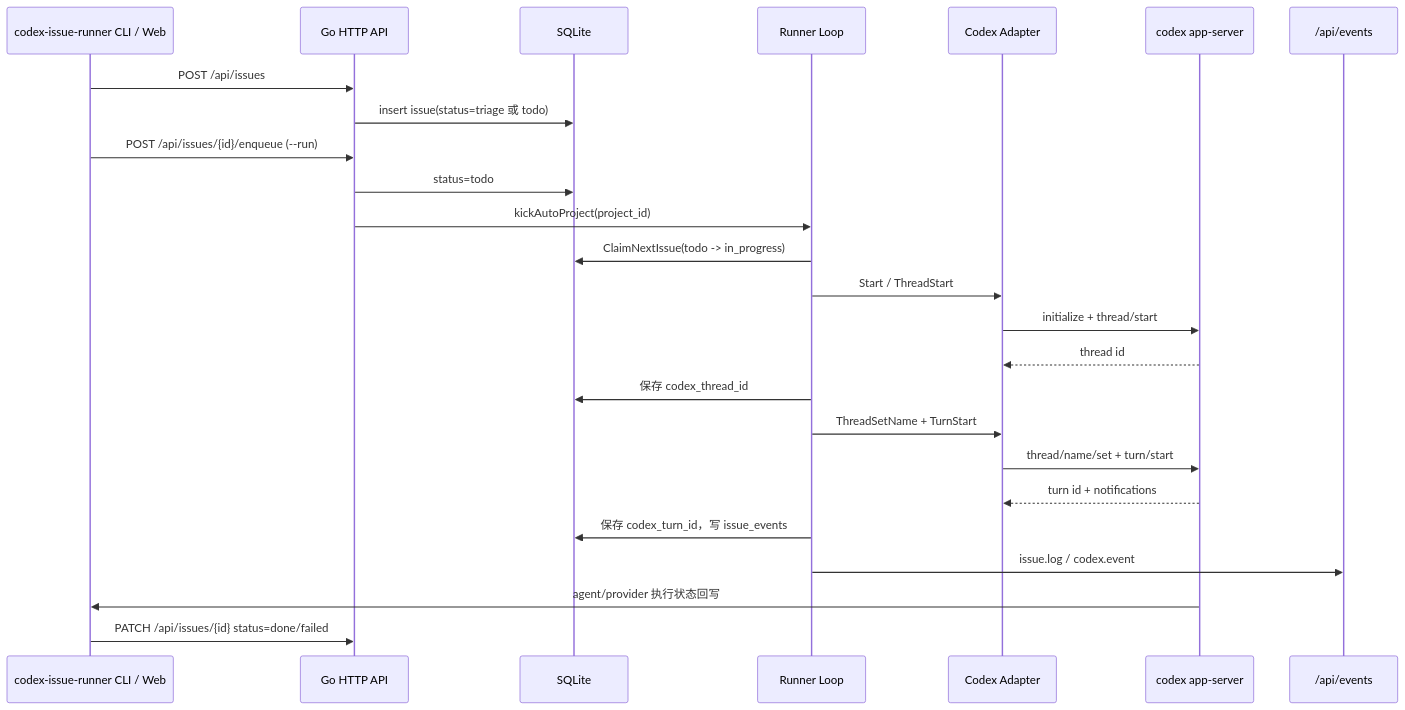
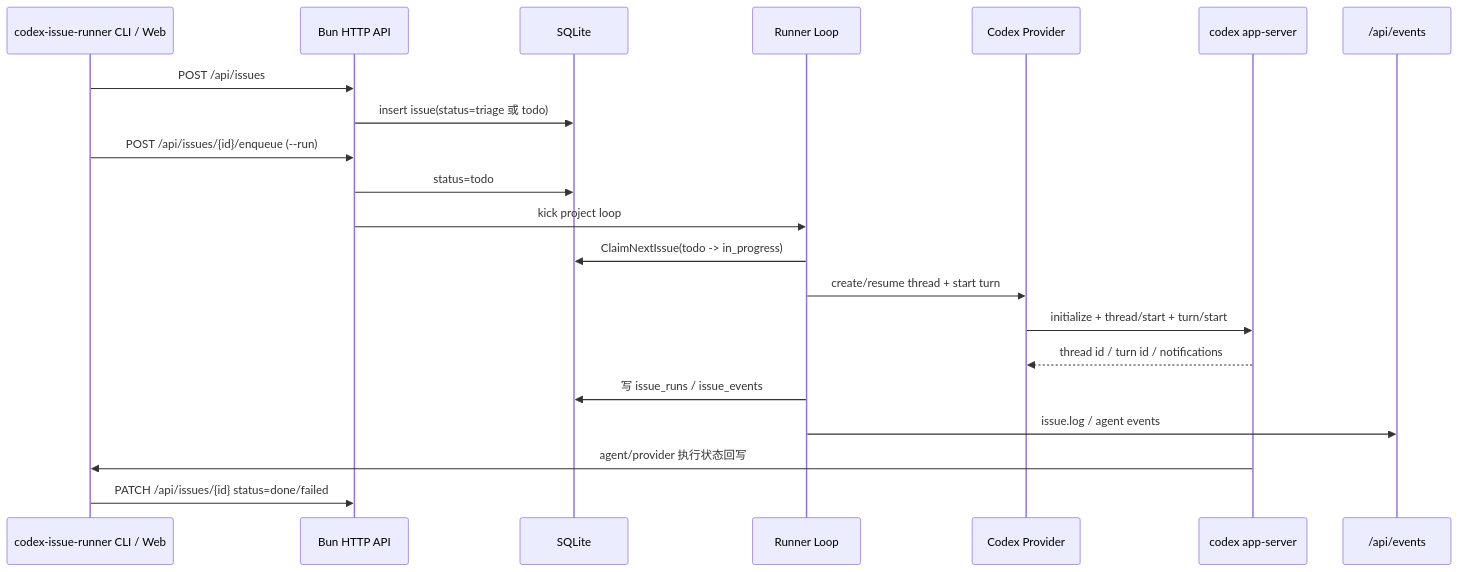
The diagram in docs/codex-integration.md (williamnie/xuanwu), drawn with Mermaid before and after one commit. The commit also changed other lines of this file and 251 other files, not shown here.

````diff
--- a/docs/codex-integration.md
+++ b/docs/codex-integration.md
@@ -131,28 +70,24 @@
 ```mermaid
 sequenceDiagram
   participant CLI as codex-issue-runner CLI / Web
-  participant API as Go HTTP API
+  participant API as Bun HTTP API
   participant DB as SQLite
   participant Runner as Runner Loop
-  participant Adapter as Codex Adapter
+  participant Provider as Codex Provider
   participant Codex as codex app-server
   participant SSE as /api/events
 
   CLI->>API: POST /api/issues
   API->>DB: insert issue(status=triage 或 todo)
   CLI->>API: POST /api/issues/{id}/enqueue (--run)
   API->>DB: status=todo
-  API->>Runner: kickAutoProject(project_id)
+  API->>Runner: kick project loop
   Runner->>DB: ClaimNextIssue(todo -> in_progress)
-  Runner->>Adapter: Start / ThreadStart
-  Adapter->>Codex: initialize + thread/start
-  Codex-->>Adapter: thread id
-  Runner->>DB: 保存 codex_thread_id
-  Runner->>Adapter: ThreadSetName + TurnStart
-  Adapter->>Codex: thread/name/set + turn/start
-  Codex-->>Adapter: turn id + notifications
-  Runner->>DB: 保存 codex_turn_id，写 issue_events
-  Runner->>SSE: issue.log / codex.event
+  Runner->>Provider: create/resume thread + start turn
+  Provider->>Codex: initialize + thread/start + turn/start
+  Codex-->>Provider: thread id / turn id / notifications
+  Runner->>DB: 写 issue_runs / issue_events
+  Runner->>SSE: issue.log / agent events
   Codex->>CLI: agent/provider 执行状态回写
   CLI->>API: PATCH /api/issues/{id} status=done/failed
 ```
````
